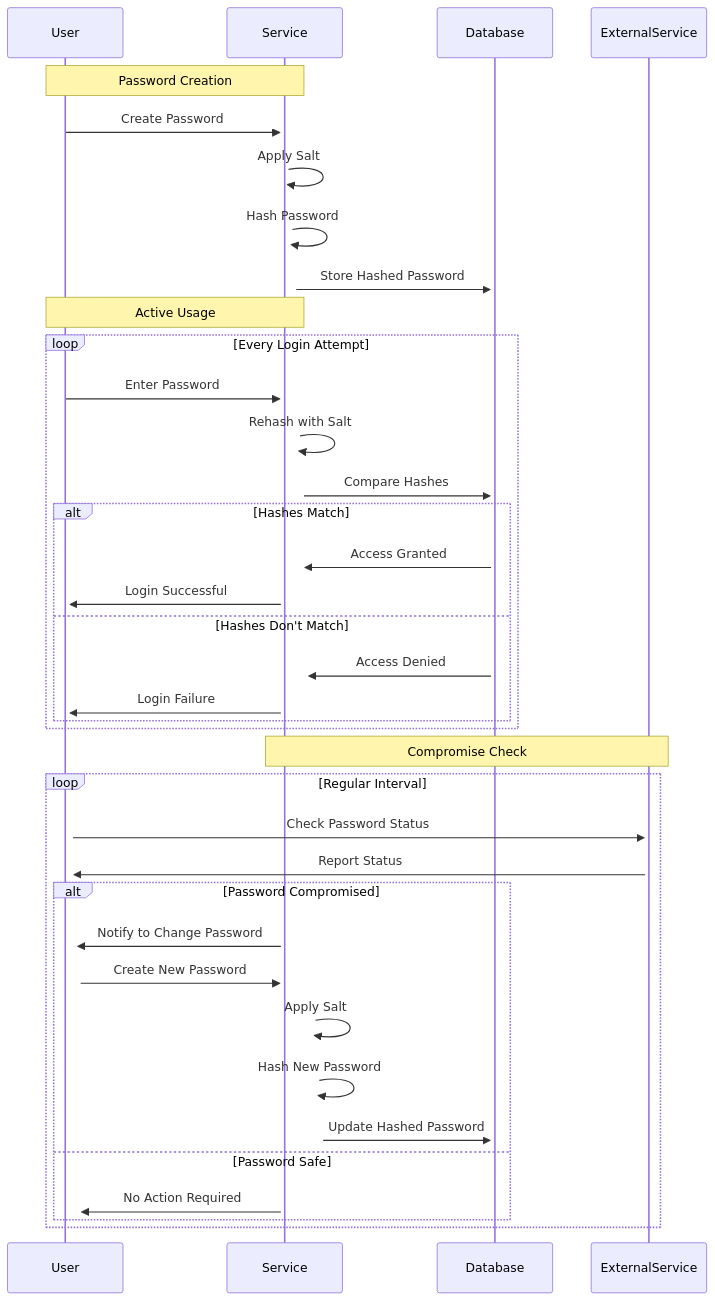
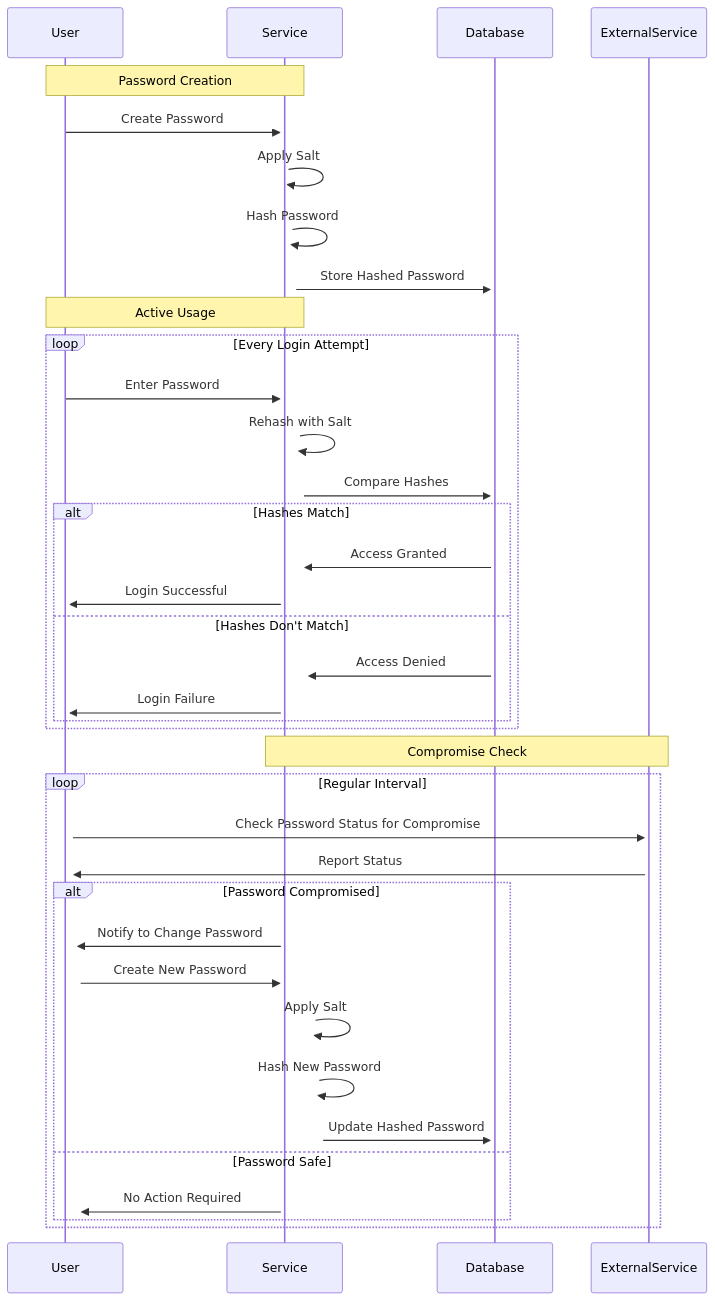
The diagram in 2.PasswordSecurity/README.md (ouspg/CyberSecurityTesting101), drawn with Mermaid before and after one commit. The commit also changed other lines of this file, not shown here.

````diff
--- a/2.PasswordSecurity/README.md
+++ b/2.PasswordSecurity/README.md
@@ -100,41 +133,41 @@
 ```mermaid
 sequenceDiagram
     participant User
     participant Service
     participant Database
     participant ExternalService
 
     Note over User,Service: Password Creation
     User->>+Service: Create Password
     Service->>+Service: Apply Salt
     Service->>+Service: Hash Password
     Service->>+Database: Store Hashed Password
     Note over User,Service: Active Usage
     loop Every Login Attempt
         User->>+Service: Enter Password
         Service->>+Service: Rehash with Salt
         Service->>+Database: Compare Hashes
         alt Hashes Match
             Database->>+Service: Access Granted
             Service->>+User: Login Successful
         else Hashes Don't Match
             Database->>+Service: Access Denied
             Service->>+User: Login Failure
         end
     end
     Note over Service,ExternalService: Compromise Check
     loop Regular Interval
-        User->>+ExternalService: Check Password Status
+        User->>+ExternalService: Check Password Status for Compromise
         ExternalService->>+User: Report Status
         alt Password Compromised
             Service->>+User: Notify to Change Password
             User->>+Service: Create New Password
             Service->>+Service: Apply Salt
             Service->>+Service: Hash New Password
             Service->>+Database: Update Hashed Password
         else Password Safe
             Service->>+User: No Action Required
         end
     end
  
 ```
````
